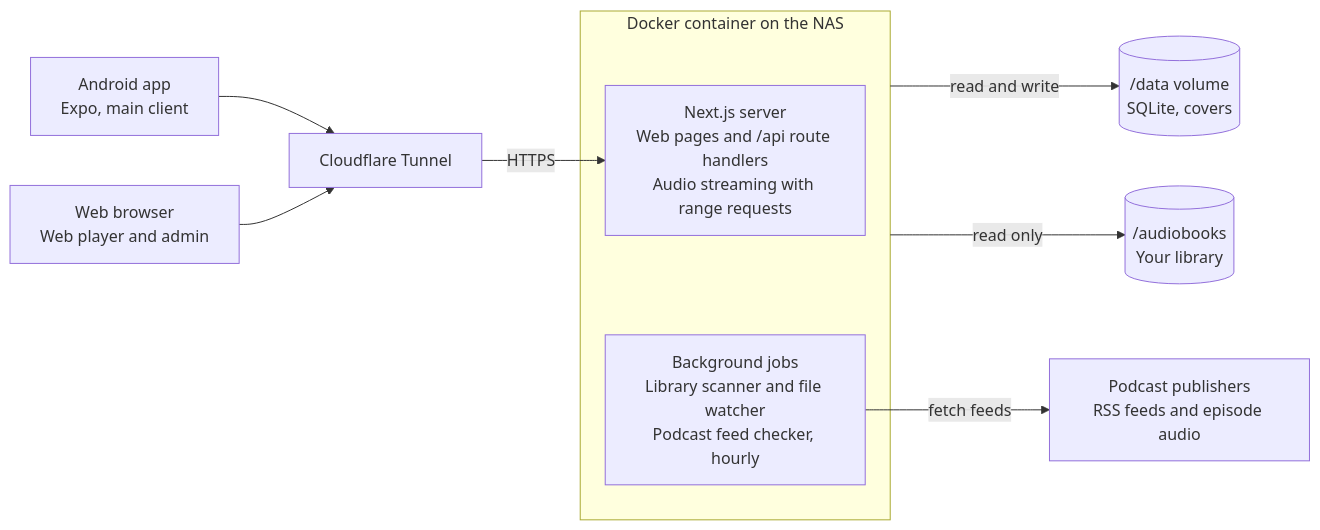
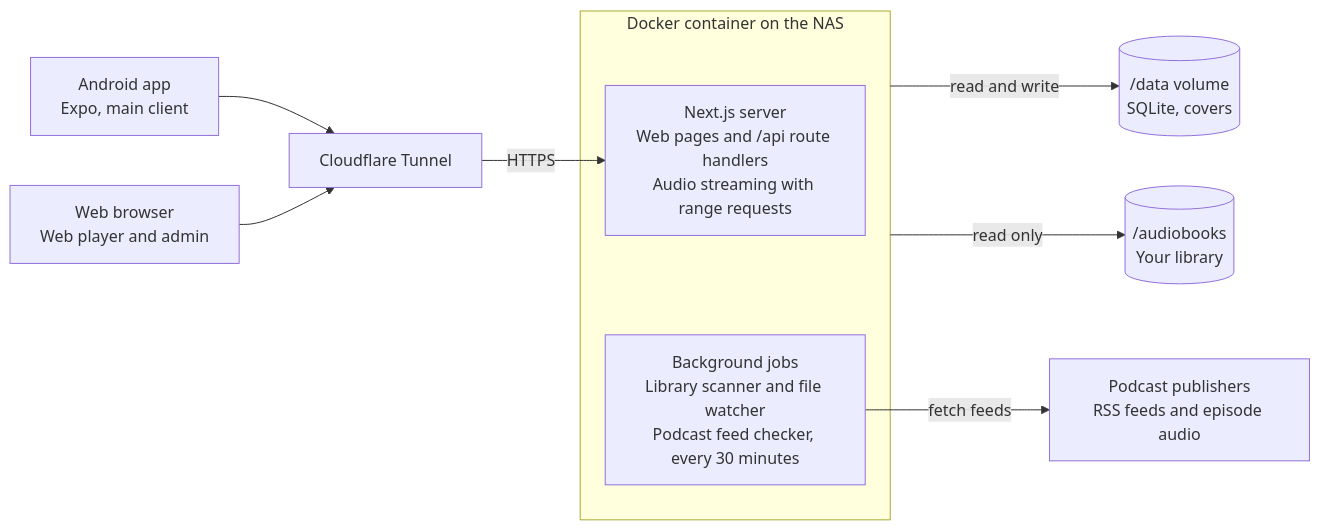
The diagram in docs/SPEC.md (gholaday/murmur), drawn with Mermaid before and after one commit. The commit also changed other lines of this file and 56 other files, not shown here.

````diff
--- a/docs/SPEC.md
+++ b/docs/SPEC.md
@@ -85,13 +85,13 @@
 ```mermaid
 flowchart LR
   app[Android app<br/>Expo, main client] --> cf[Cloudflare Tunnel]
   web[Web browser<br/>Web player and admin] --> cf
   cf -- HTTPS --> next
   subgraph container[Docker container on the NAS]
     next[Next.js server<br/>Web pages and /api route handlers<br/>Audio streaming with range requests]
-    jobs[Background jobs<br/>Library scanner and file watcher<br/>Podcast feed checker, hourly]
+    jobs[Background jobs<br/>Library scanner and file watcher<br/>Podcast feed checker, every 30 minutes]
   end
   container -- read and write --> data[(/data volume<br/>SQLite, covers)]
   container -- read only --> lib[(/audiobooks<br/>Your library)]
   jobs -- fetch feeds --> pub[Podcast publishers<br/>RSS feeds and episode audio]
 ```
````
